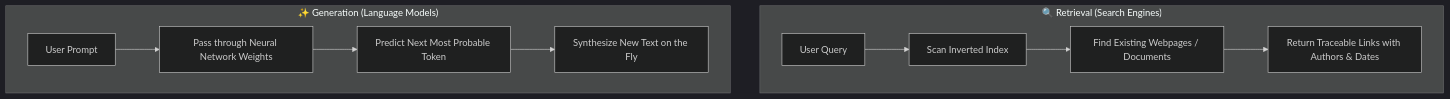
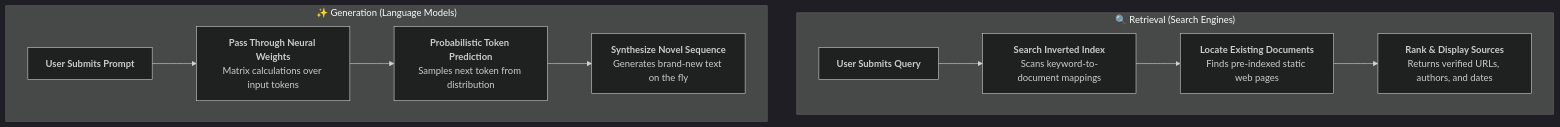
The first of 4 diagrams in Nameste-AI/Season_01/02_Does_ChatGPT_Know_or_Does_It_Guess.md (Nishant8826/theory-leaning), drawn with Mermaid (dark theme) before and after one commit. The commit also changed other lines of this file and 7 other files, not shown here.

````diff
--- a/Nameste-AI/Season_01/02_Does_ChatGPT_Know_or_Does_It_Guess.md
+++ b/Nameste-AI/Season_01/02_Does_ChatGPT_Know_or_Does_It_Guess.md
@@ -96,14 +118,14 @@
 ```mermaid
 flowchart TD
     subgraph RETRIEVAL ["🔍 Retrieval (Search Engines)"]
-    A[User Query] --> B[Scan Inverted Index]
-    B --> C[Find Existing Webpages / Documents]
-    C --> D[Return Traceable Links with Authors & Dates]
+    A["<b>User Submits Query</b>"] --> B["<b>Search Inverted Index</b><br/>Scans keyword-to-document mappings"]
+    B --> C["<b>Locate Existing Documents</b><br/>Finds pre-indexed static web pages"]
+    C --> D["<b>Rank & Display Sources</b><br/>Returns verified URLs, authors, and dates"]
     end
     
     subgraph GENERATION ["✨ Generation (Language Models)"]
-    E[User Prompt] --> F[Pass through Neural Network Weights]
-    F --> G[Predict Next Most Probable Token]
-    G --> H[Synthesize New Text on the Fly]
+    E["<b>User Submits Prompt</b>"] --> F["<b>Pass Through Neural Weights</b><br/>Matrix calculations over input tokens"]
+    F --> G["<b>Probabilistic Token Prediction</b><br/>Samples next token from distribution"]
+    G --> H["<b>Synthesize Novel Sequence</b><br/>Generates brand-new text on the fly"]
     end
 ```
````
